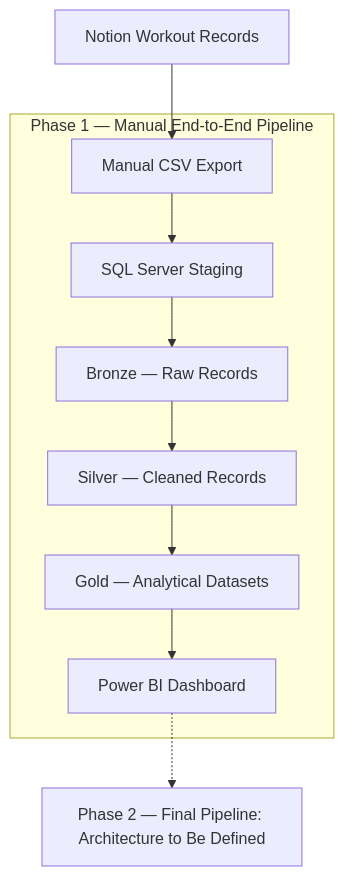
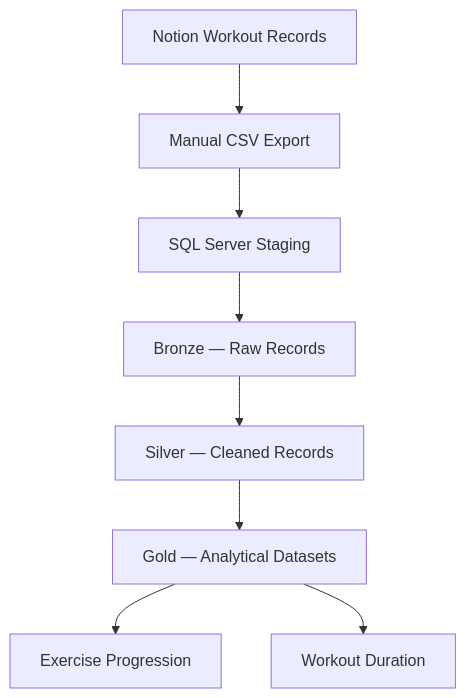
One commit to laurogime/Gym_Data_Pipeline changed the first of 2 diagrams in README.md. Above: the diagram before and after it, drawn with Mermaid. The commit also changed other lines of this file, not shown here.

Commit message:
docs: finalize phase 1 README and implementation summary

````diff
--- a/README.md
+++ b/README.md
@@ -40,25 +40,10 @@
 ```mermaid
 flowchart TD
-    A["Notion Workout Records"]
-
-    subgraph P1["Phase 1 — Manual End-to-End Pipeline"]
-        B["Manual CSV Export"]
-        C["SQL Server Staging"]
-        D["Bronze — Raw Records"]
-        E["Silver — Cleaned Records"]
-        F["Gold — Analytical Datasets"]
-        G["Power BI Dashboard"]
-
-        B --> C
-        C --> D
-        D --> E
-        E --> F
-        F --> G
-    end
-
-    A --> B
-
-    H["Phase 2 — Final Pipeline: Architecture to Be Defined"]
-
-    G -.-> H
+    A["Notion Workout Records"] --> B["Manual CSV Export"]
+    B --> C["SQL Server Staging"]
+    C --> D["Bronze — Raw Records"]
+    D --> E["Silver — Cleaned Records"]
+    E --> F["Gold — Analytical Datasets"]
+    F --> G["Exercise Progression"]
+    F --> H["Workout Duration"]
 ```
````
